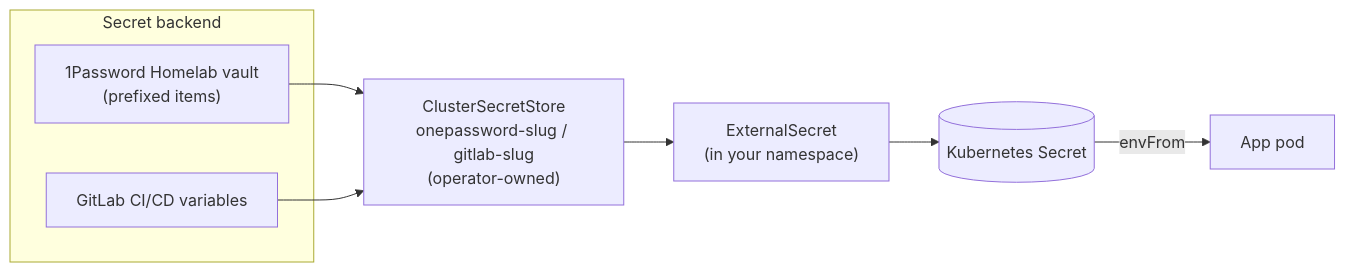
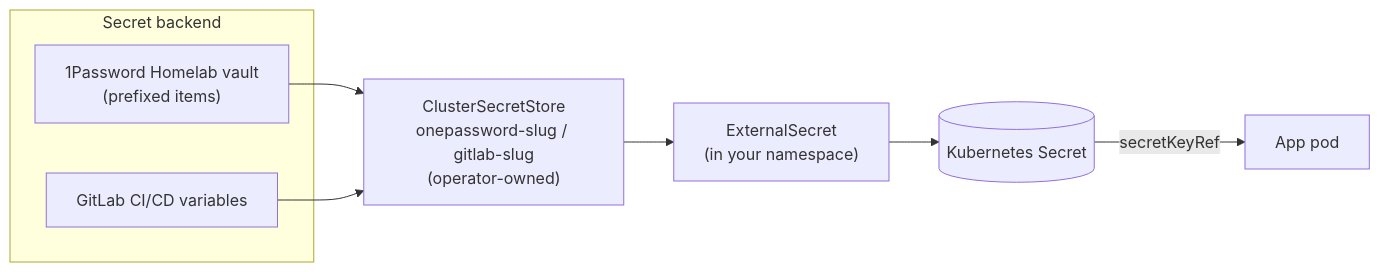
Before and after one commit to ericsweiss/weisssrv-app-template: the second of 2 diagrams in docs/ARCHITECTURE.md, drawn with Mermaid. The commit also changed 4 other files, not shown here.

First line of the commit message:
fix: address review findings — rename subgroups + secret env binding

````diff
--- a/docs/ARCHITECTURE.md
+++ b/docs/ARCHITECTURE.md
@@ -34,12 +34,12 @@
 ```mermaid
 flowchart LR
   subgraph backend["Secret backend"]
     op["1Password Homelab vault<br/>(prefixed items)"]
     gl["GitLab CI/CD variables"]
   end
   op --> css["ClusterSecretStore<br/>onepassword-slug / gitlab-slug<br/>(operator-owned)"]
   gl --> css
   css --> es["ExternalSecret<br/>(in your namespace)"]
   es --> sec[("Kubernetes Secret")]
-  sec -->|envFrom| pod["App pod"]
+  sec -->|secretKeyRef| pod["App pod"]
 ```
````
